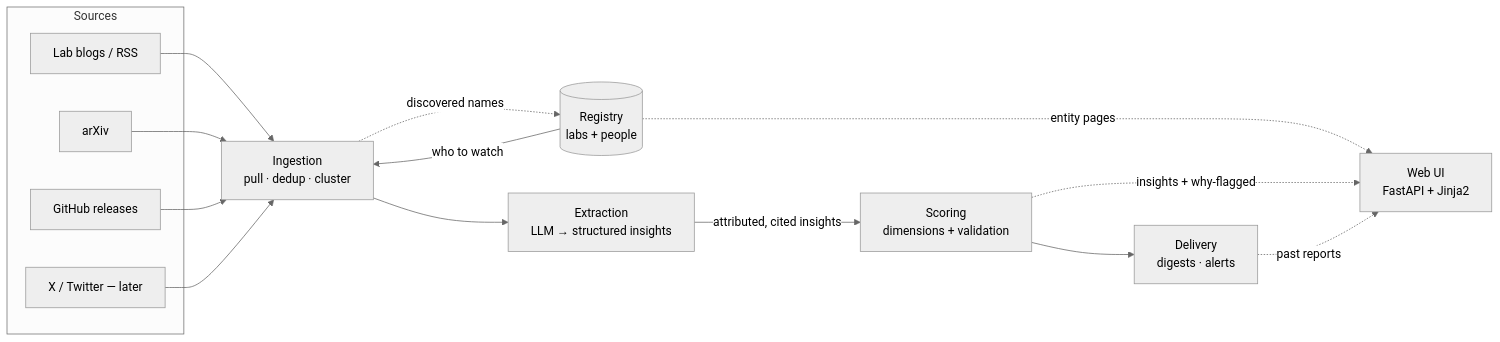
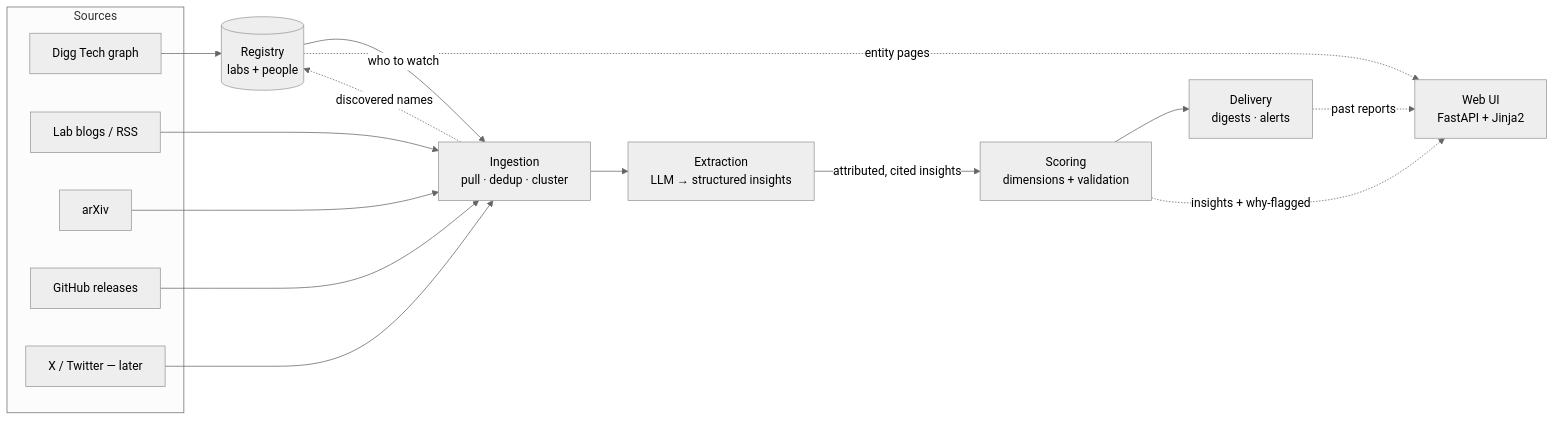
Before and after one commit to AdithyanI/frontier-lab-intelligence: the first of 3 diagrams in docs/architecture/overview.md, drawn with Mermaid (neutral theme). The commit also changed other lines of this file and 14 other files, not shown here.

````diff
--- a/docs/architecture/overview.md
+++ b/docs/architecture/overview.md
@@ -18,26 +18,28 @@
 ```mermaid
 flowchart LR
     subgraph sources [Sources]
+        DIGG[Digg Tech graph]
         BLOGS[Lab blogs / RSS]
         ARXIV[arXiv]
         GH[GitHub releases]
         X[X / Twitter — later]
     end
 
     REG[(Registry<br/>labs + people)]
     ING[Ingestion<br/>pull · dedup · cluster]
     EXT[Extraction<br/>LLM → structured insights]
     SCO[Scoring<br/>dimensions + validation]
     DEL[Delivery<br/>digests · alerts]
     UI[Web UI<br/>FastAPI + Jinja2]
 
     REG -->|who to watch| ING
+    DIGG --> REG
     BLOGS & ARXIV & GH & X --> ING
     ING --> EXT
     EXT -->|attributed, cited insights| SCO
     SCO --> DEL
     REG -.->|entity pages| UI
     SCO -.->|insights + why-flagged| UI
     DEL -.->|past reports| UI
     ING -.->|discovered names| REG
 ```
````
